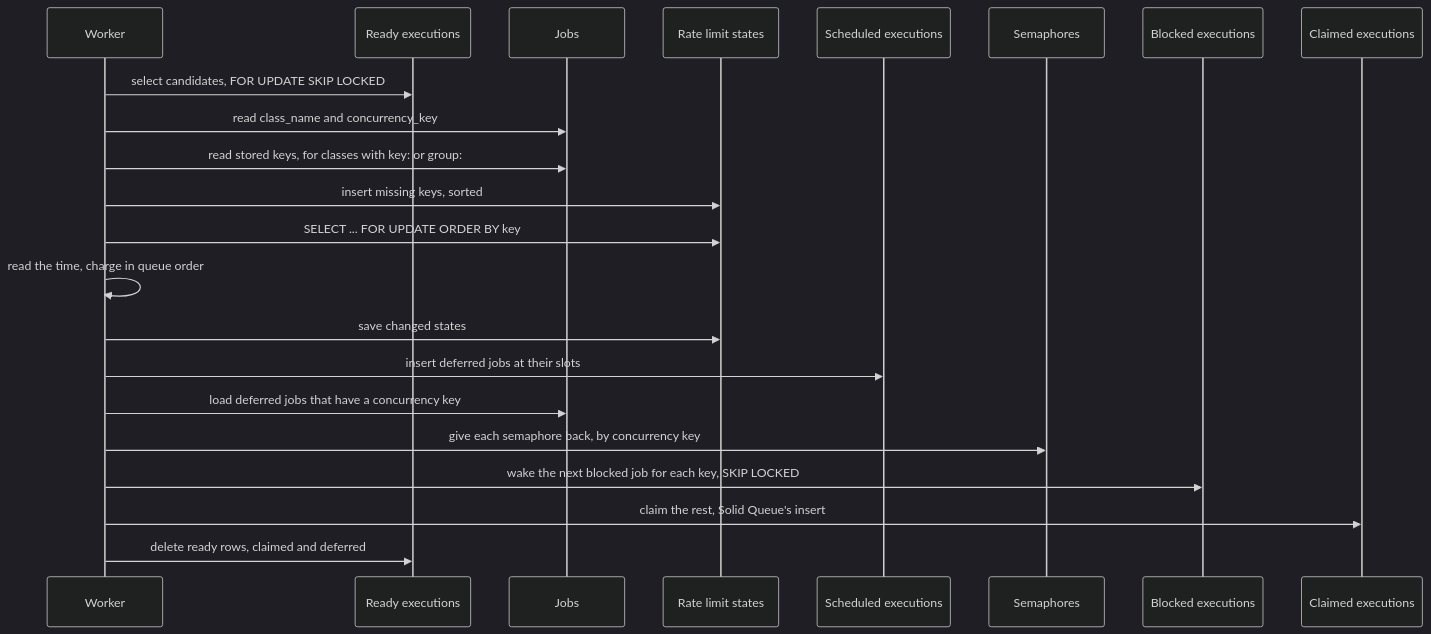
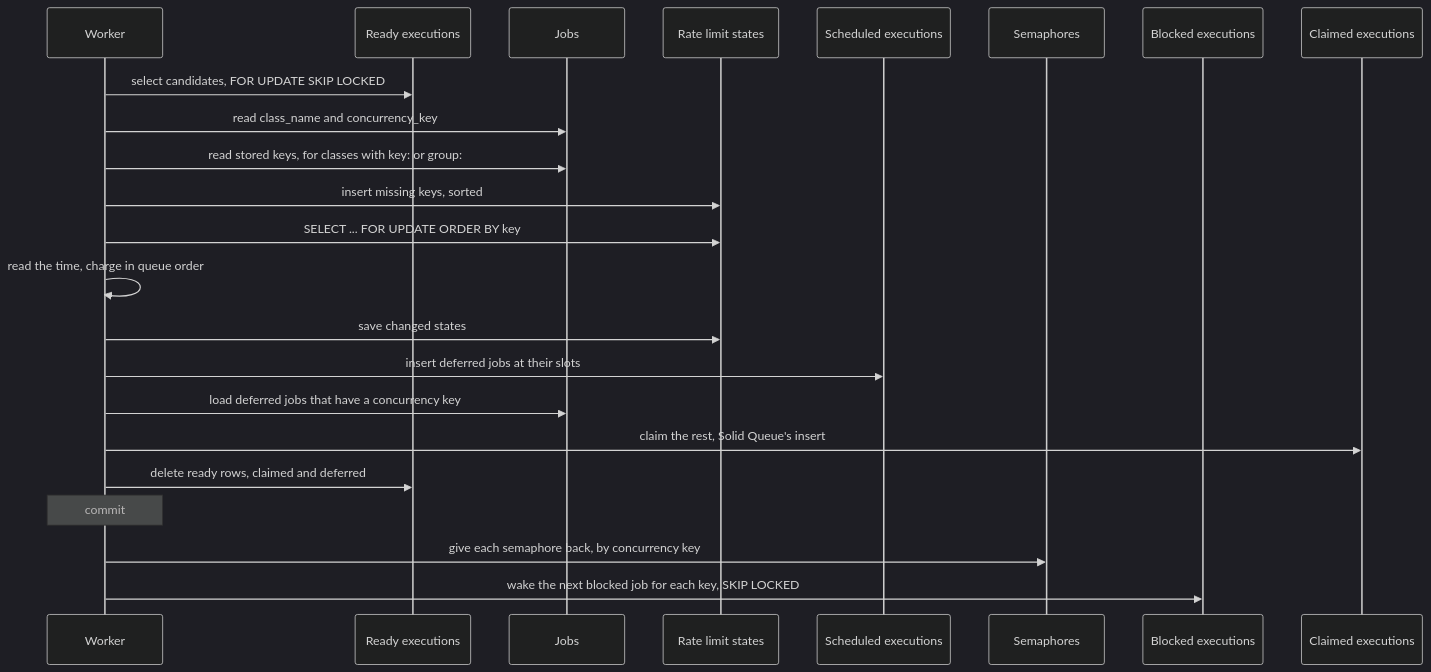
Before and after one commit to dtcristo/solid_queue-rate_limit: the second of 3 diagrams in docs/design.md, drawn with Mermaid (dark theme). The commit also changed other lines of this file and 5 other files, not shown here.

Commit message:
Give deferred jobs' semaphores back after the claim commits, so claims can't deadlock on them

````diff
--- a/docs/design.md
+++ b/docs/design.md
@@ -88,24 +88,25 @@
 ```mermaid
 sequenceDiagram
     participant W as Worker
     participant R as Ready executions
     participant J as Jobs
     participant S as Rate limit states
     participant X as Scheduled executions
     participant M as Semaphores
     participant B as Blocked executions
     participant C as Claimed executions
     W->>R: select candidates, FOR UPDATE SKIP LOCKED
     W->>J: read class_name and concurrency_key
     W->>J: read stored keys, for classes with key: or group:
     W->>S: insert missing keys, sorted
     W->>S: SELECT ... FOR UPDATE ORDER BY key
     W->>W: read the time, charge in queue order
     W->>S: save changed states
     W->>X: insert deferred jobs at their slots
     W->>J: load deferred jobs that have a concurrency key
+    W->>C: claim the rest, Solid Queue's insert
+    W->>R: delete ready rows, claimed and deferred
+    Note over W: commit
     W->>M: give each semaphore back, by concurrency key
     W->>B: wake the next blocked job for each key, SKIP LOCKED
-    W->>C: claim the rest, Solid Queue's insert
-    W->>R: delete ready rows, claimed and deferred
 ```
````
